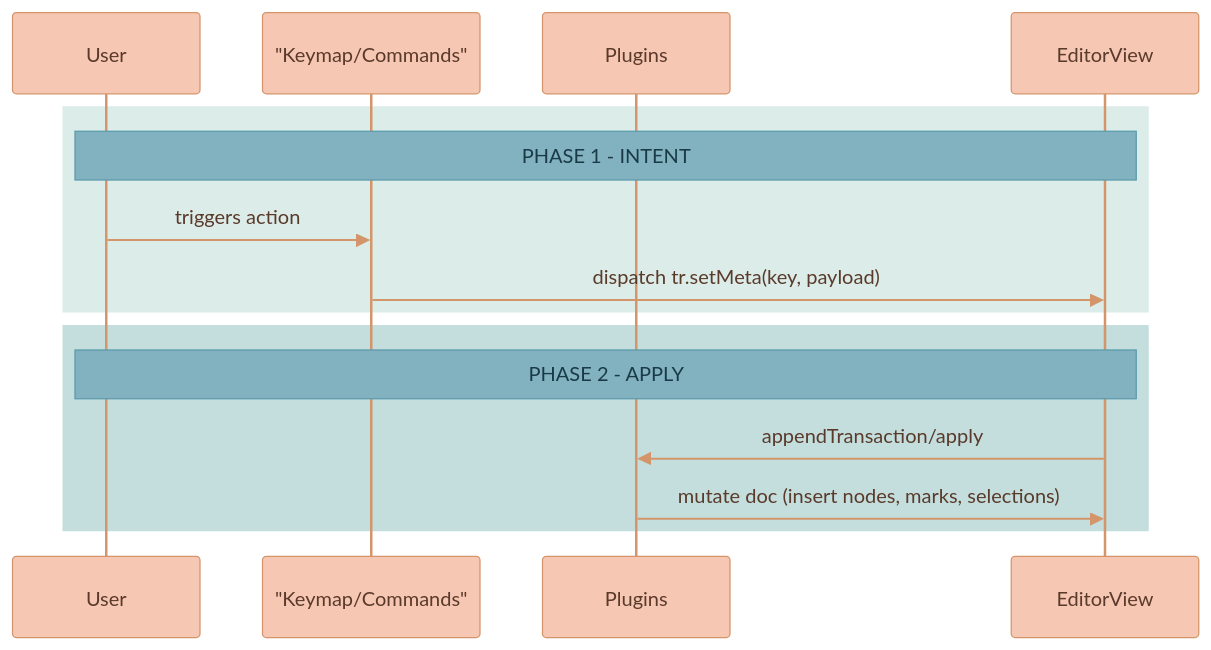
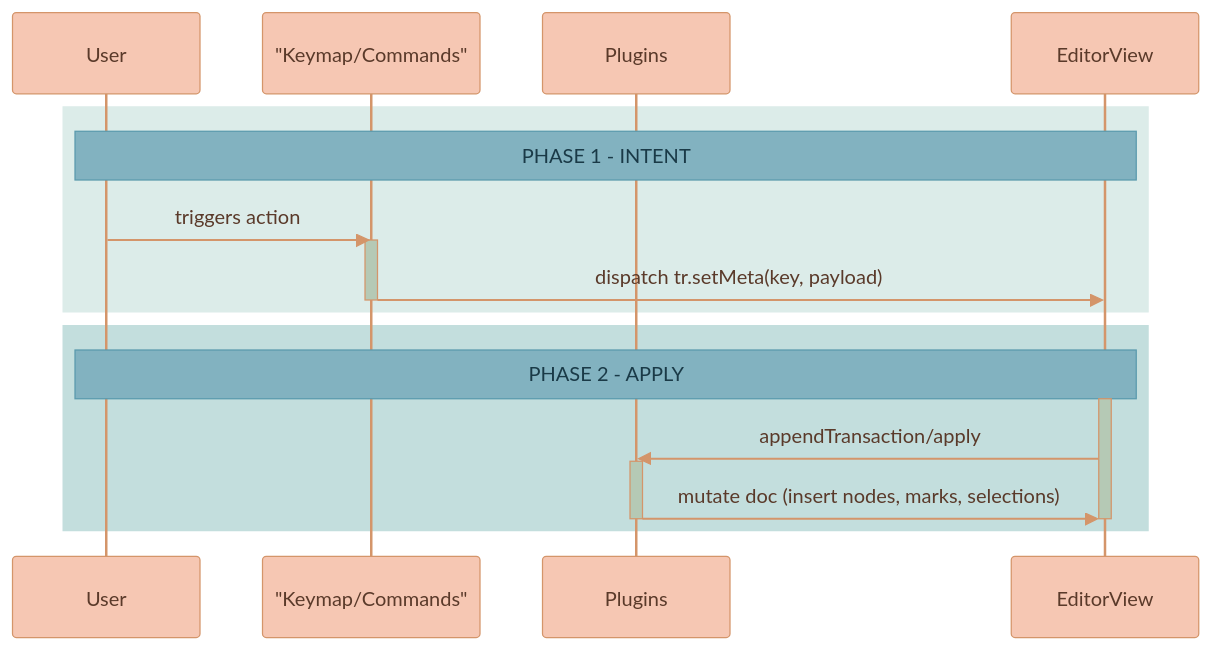
Before and after one commit to Lixpi/lixpi: the third of 8 diagrams in services/web-ui/src/components/proseMirror/README.md, drawn with Mermaid. The commit also changed other lines of this file and 5 other files, not shown here.

````diff
--- a/services/web-ui/src/components/proseMirror/README.md
+++ b/services/web-ui/src/components/proseMirror/README.md
@@ -104,24 +104,30 @@
 ```mermaid
-%%{init: {'theme': 'base', 'themeVariables': { 'noteBkgColor': '#82B2C0', 'noteTextColor': '#1a3a47', 'noteBorderColor': '#5a9aad', 'actorBkg': '#F6C7B3', 'actorBorder': '#d4956a', 'actorTextColor': '#5a3a2a', 'actorLineColor': '#d4956a', 'signalColor': '#d4956a', 'signalTextColor': '#5a3a2a', 'labelBoxBkgColor': '#F6C7B3', 'labelBoxBorderColor': '#d4956a', 'labelTextColor': '#5a3a2a', 'loopTextColor': '#5a3a2a', 'activationBorderColor': '#d4956a', 'activationBkgColor': '#C3DEDD', 'sequenceNumberColor': '#5a3a2a'}}}%%
+%%{init: {'theme': 'base', 'themeVariables': { 'noteBkgColor': '#82B2C0', 'noteTextColor': '#1a3a47', 'noteBorderColor': '#5a9aad', 'actorBkg': '#F6C7B3', 'actorBorder': '#d4956a', 'actorTextColor': '#5a3a2a', 'actorLineColor': '#d4956a', 'signalColor': '#d4956a', 'signalTextColor': '#5a3a2a', 'labelBoxBkgColor': '#F6C7B3', 'labelBoxBorderColor': '#d4956a', 'labelTextColor': '#5a3a2a', 'loopTextColor': '#5a3a2a', 'activationBorderColor': '#d4956a', 'activationBkgColor': '#B5C9B5', 'sequenceNumberColor': '#5a3a2a'}}}%%
 sequenceDiagram
   participant User
   participant KeymapCommands as "Keymap/Commands"
   participant Plugins
   participant EditorView
   %% ═══════════════════════════════════════════════════════════════
   %% PHASE 1: INTENT
   %% ═══════════════════════════════════════════════════════════════
   rect rgb(220, 236, 233)
       Note over User, EditorView: PHASE 1 - INTENT
       User->>KeymapCommands: triggers action
+      activate KeymapCommands
       KeymapCommands->>EditorView: dispatch tr.setMeta(key, payload)
+      deactivate KeymapCommands
   end
   %% ═══════════════════════════════════════════════════════════════
   %% PHASE 2: APPLY
   %% ═══════════════════════════════════════════════════════════════
   rect rgb(195, 222, 221)
       Note over User, EditorView: PHASE 2 - APPLY
+      activate EditorView
       EditorView->>Plugins: appendTransaction/apply
+      activate Plugins
       Plugins->>EditorView: mutate doc (insert nodes, marks, selections)
+      deactivate Plugins
+      deactivate EditorView
   end
 ```
````
